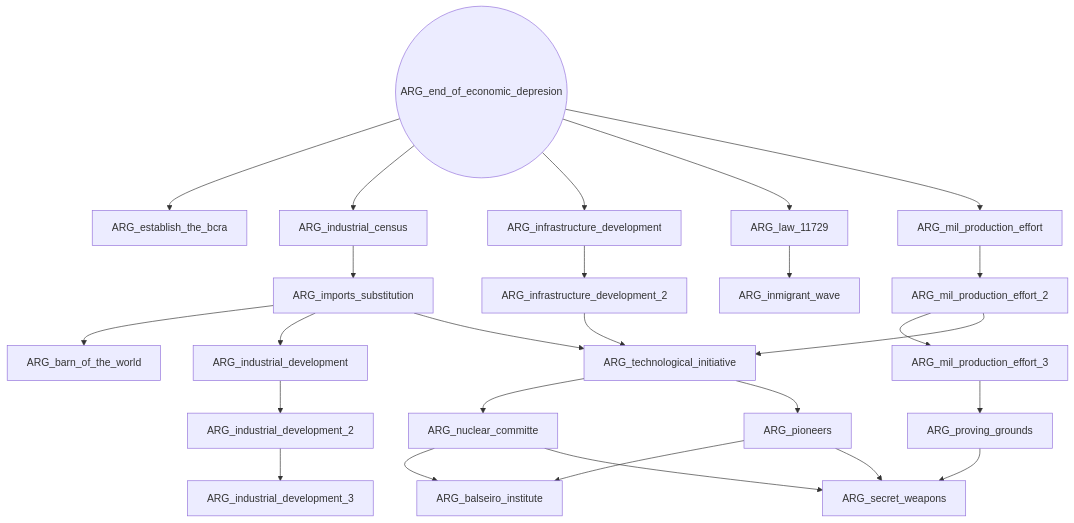
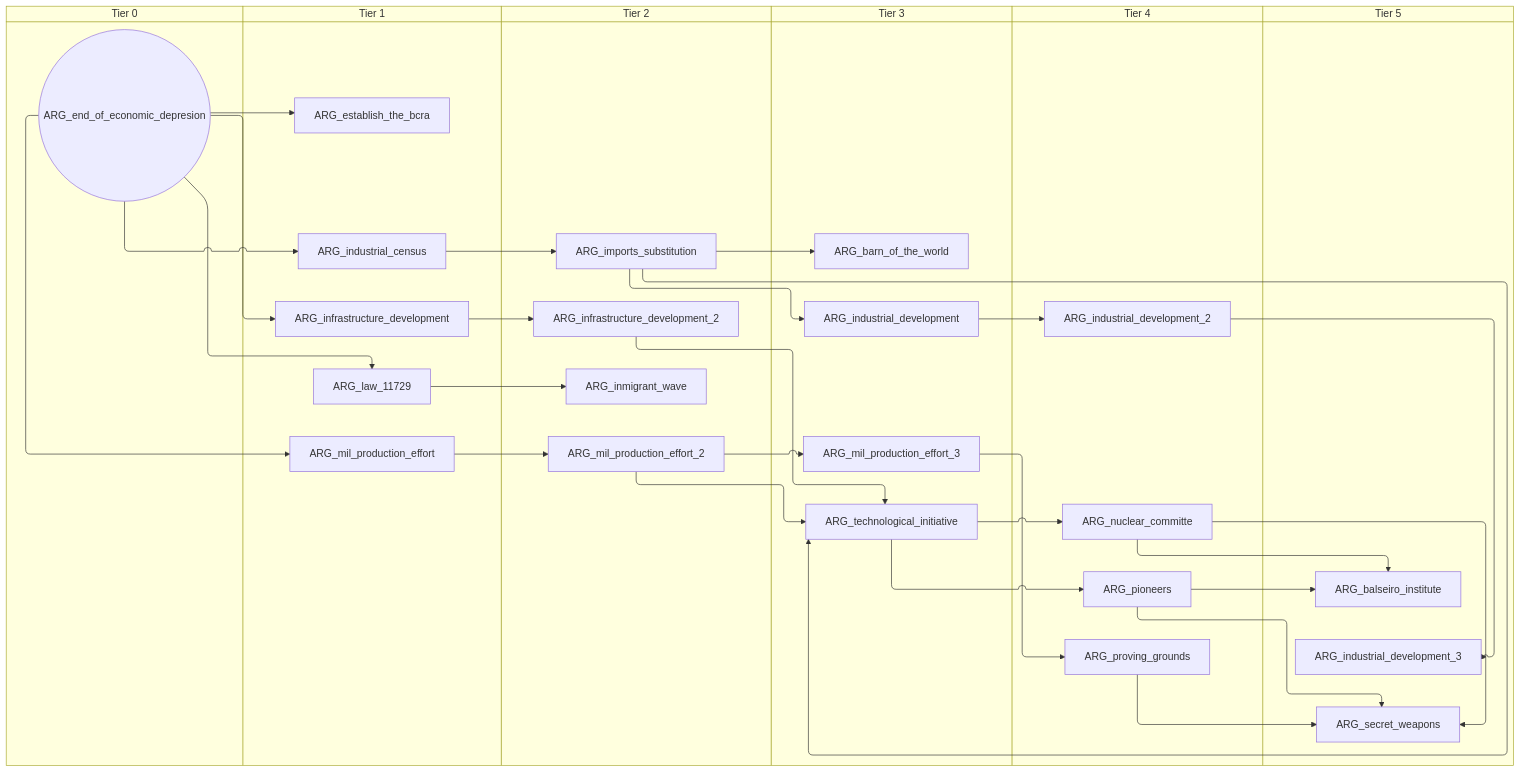
The third of 5 diagrams in docs/gdd/National Focuses/r56_argentina.md (evgeny-sobol/hoi4-sandbox-mode-r56), drawn with Mermaid before and after one commit. The commit also changed other lines of this file and 423 other files, not shown here.

First line of the commit message:
Re-export Rt56 focus trees as swimlane diagrams

````diff
--- a/docs/gdd/National Focuses/r56_argentina.md
+++ b/docs/gdd/National Focuses/r56_argentina.md
@@ -83,49 +103,61 @@
 ```mermaid
-flowchart TD
-    n32["ARG_balseiro_institute"]
-    n33["ARG_barn_of_the_world"]
-    n34(("ARG_end_of_economic_depresion"))
-    n35["ARG_establish_the_bcra"]
-    n36["ARG_imports_substitution"]
-    n37["ARG_industrial_census"]
-    n38["ARG_industrial_development"]
-    n39["ARG_industrial_development_2"]
-    n40["ARG_industrial_development_3"]
-    n41["ARG_infrastructure_development"]
-    n42["ARG_infrastructure_development_2"]
-    n43["ARG_inmigrant_wave"]
-    n44["ARG_law_11729"]
-    n45["ARG_mil_production_effort"]
-    n46["ARG_mil_production_effort_2"]
-    n47["ARG_mil_production_effort_3"]
-    n48["ARG_nuclear_committe"]
-    n49["ARG_pioneers"]
-    n50["ARG_proving_grounds"]
-    n51["ARG_secret_weapons"]
-    n52["ARG_technological_initiative"]
-    n48 --> n32
-    n49 --> n32
-    n36 --> n33
-    n34 --> n35
-    n37 --> n36
-    n34 --> n37
-    n36 --> n38
-    n38 --> n39
-    n39 --> n40
-    n34 --> n41
-    n41 --> n42
-    n44 --> n43
-    n34 --> n44
-    n34 --> n45
-    n45 --> n46
-    n46 --> n47
-    n52 --> n48
-    n52 --> n49
+swimlane-beta TD
+    subgraph tier_0["Tier 0"]
+        n32(("ARG_end_of_economic_depresion"))
+    end
+    subgraph tier_1["Tier 1"]
+        n33["ARG_establish_the_bcra"]
+        n34["ARG_industrial_census"]
+        n35["ARG_infrastructure_development"]
+        n36["ARG_law_11729"]
+        n37["ARG_mil_production_effort"]
+    end
+    subgraph tier_2["Tier 2"]
+        n38["ARG_imports_substitution"]
+        n39["ARG_infrastructure_development_2"]
+        n40["ARG_inmigrant_wave"]
+        n41["ARG_mil_production_effort_2"]
+    end
+    subgraph tier_3["Tier 3"]
+        n42["ARG_barn_of_the_world"]
+        n43["ARG_industrial_development"]
+        n44["ARG_mil_production_effort_3"]
+        n45["ARG_technological_initiative"]
+    end
+    subgraph tier_4["Tier 4"]
+        n46["ARG_industrial_development_2"]
+        n47["ARG_nuclear_committe"]
+        n48["ARG_pioneers"]
+        n49["ARG_proving_grounds"]
+    end
+    subgraph tier_5["Tier 5"]
+        n50["ARG_balseiro_institute"]
+        n51["ARG_industrial_development_3"]
+        n52["ARG_secret_weapons"]
+    end
     n47 --> n50
-    n49 --> n51
-    n48 --> n51
-    n50 --> n51
-    n42 --> n52
-    n36 --> n52
-    n46 --> n52
+    n48 --> n50
+    n38 --> n42
+    n32 --> n33
+    n34 --> n38
+    n32 --> n34
+    n38 --> n43
+    n43 --> n46
+    n46 --> n51
+    n32 --> n35
+    n35 --> n39
+    n36 --> n40
+    n32 --> n36
+    n32 --> n37
+    n37 --> n41
+    n41 --> n44
+    n45 --> n47
+    n45 --> n48
+    n44 --> n49
+    n48 --> n52
+    n47 --> n52
+    n49 --> n52
+    n39 --> n45
+    n38 --> n45
+    n41 --> n45
 ```
````
